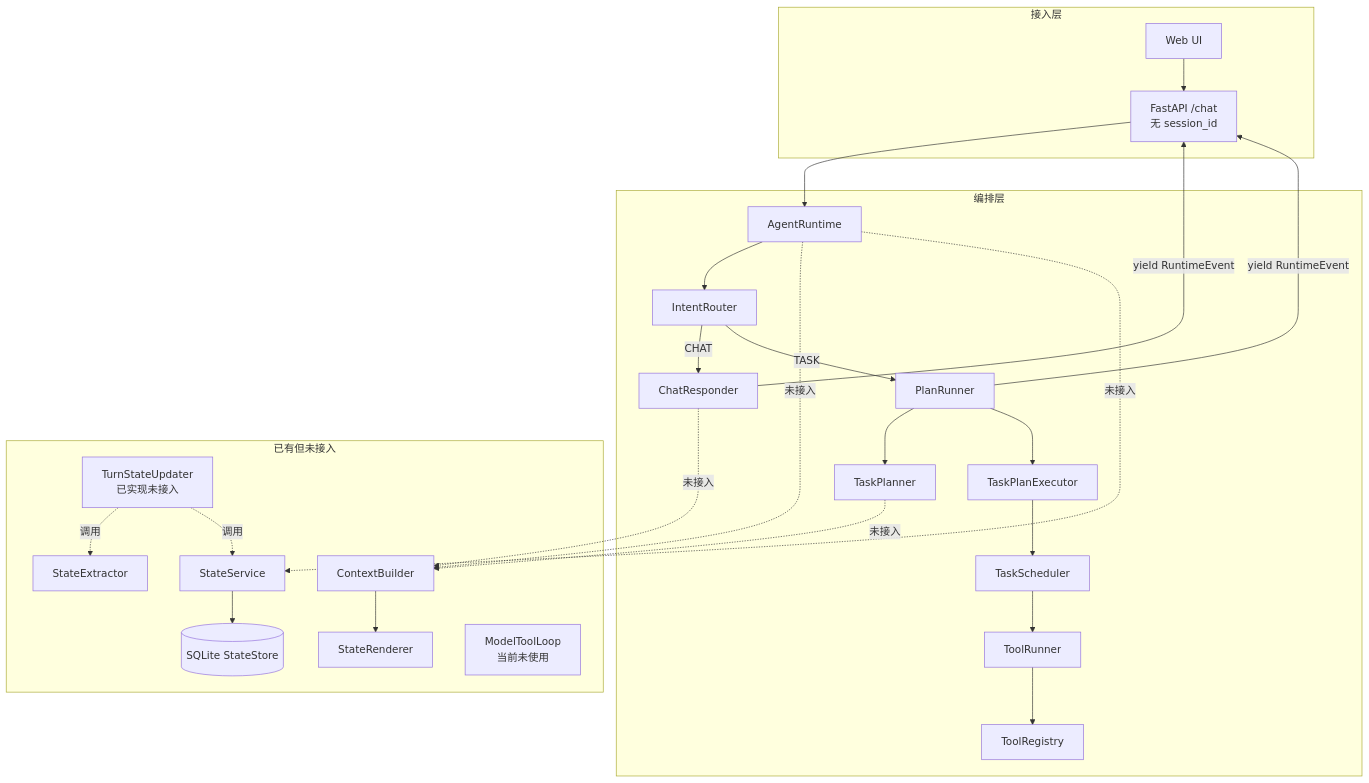
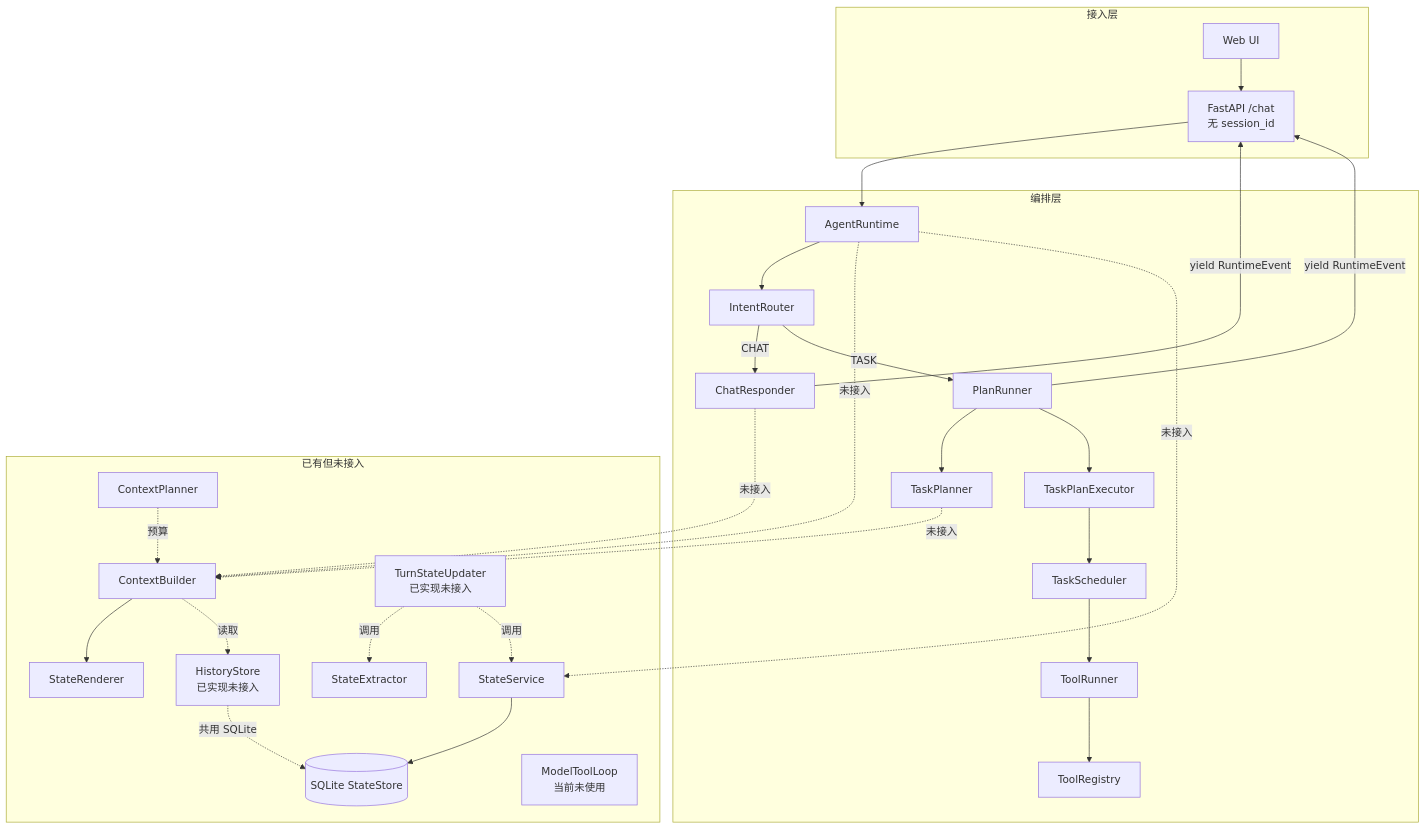
One commit to kaer45/agent-runtime changed the first of 2 diagrams in docs/lessons/README.md. Above: the diagram before and after it, drawn with Mermaid. The commit also changed other lines of this file and 2 other files, not shown here.

Commit message:
docs(lessons): add lesson 20 history and planner guide

````diff
--- a/docs/lessons/README.md
+++ b/docs/lessons/README.md
@@ -146,39 +148,44 @@
 ```mermaid
 flowchart TB
     subgraph 接入层
         UI[Web UI] --> API["FastAPI /chat<br/>无 session_id"]
     end
 
     subgraph 编排层
         API --> RT[AgentRuntime]
         RT --> IR[IntentRouter]
         IR -->|CHAT| CR[ChatResponder]
         IR -->|TASK| PR[PlanRunner]
         PR --> PL[TaskPlanner]
         PR --> EX[TaskPlanExecutor]
         EX --> SCH[TaskScheduler]
         SCH --> TR[ToolRunner]
         TR --> REG[ToolRegistry]
         CR -->|yield RuntimeEvent| API
         PR -->|yield RuntimeEvent| API
     end
 
     subgraph 已有但未接入
         CB[ContextBuilder]
+        CP[ContextPlanner]
         SR[StateRenderer]
         SS[StateService]
         SE[StateExtractor]
         ST[(SQLite StateStore)]
         UP["TurnStateUpdater<br/>已实现未接入"]
+        HS["HistoryStore<br/>已实现未接入"]
         MTL["ModelToolLoop<br/>当前未使用"]
     end
 
     RT -. 未接入 .-> CB
     RT -. 未接入 .-> SS
     CR -. 未接入 .-> CB
     PL -. 未接入 .-> CB
     CB --> SR
+    CP -. 预算 .-> CB
     SS --> ST
     UP -. 调用 .-> SE
     UP -. 调用 .-> SS
+    HS -. 共用 SQLite .-> ST
+    CB -. 读取 .-> HS
 ```
````
